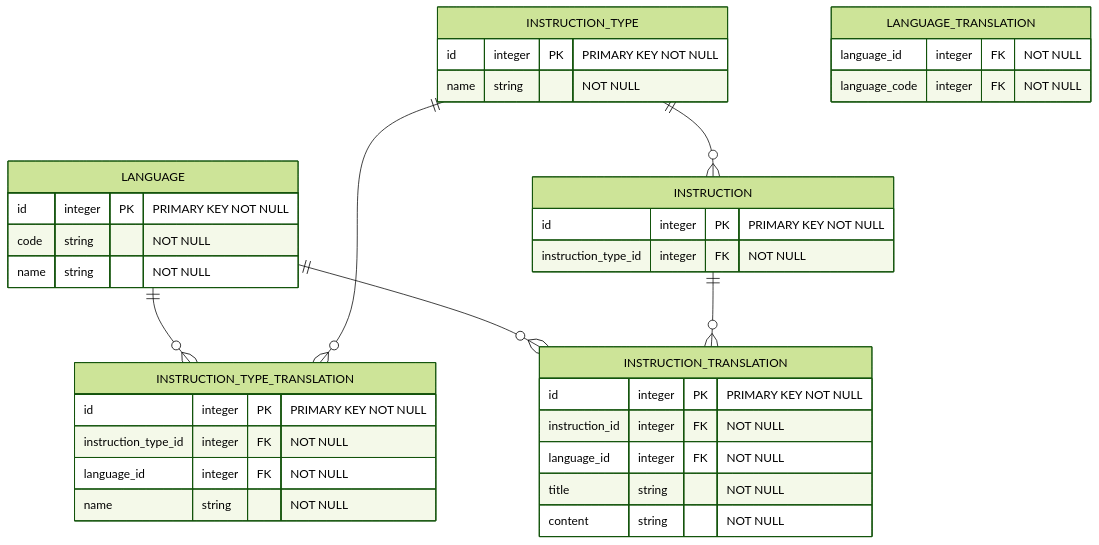
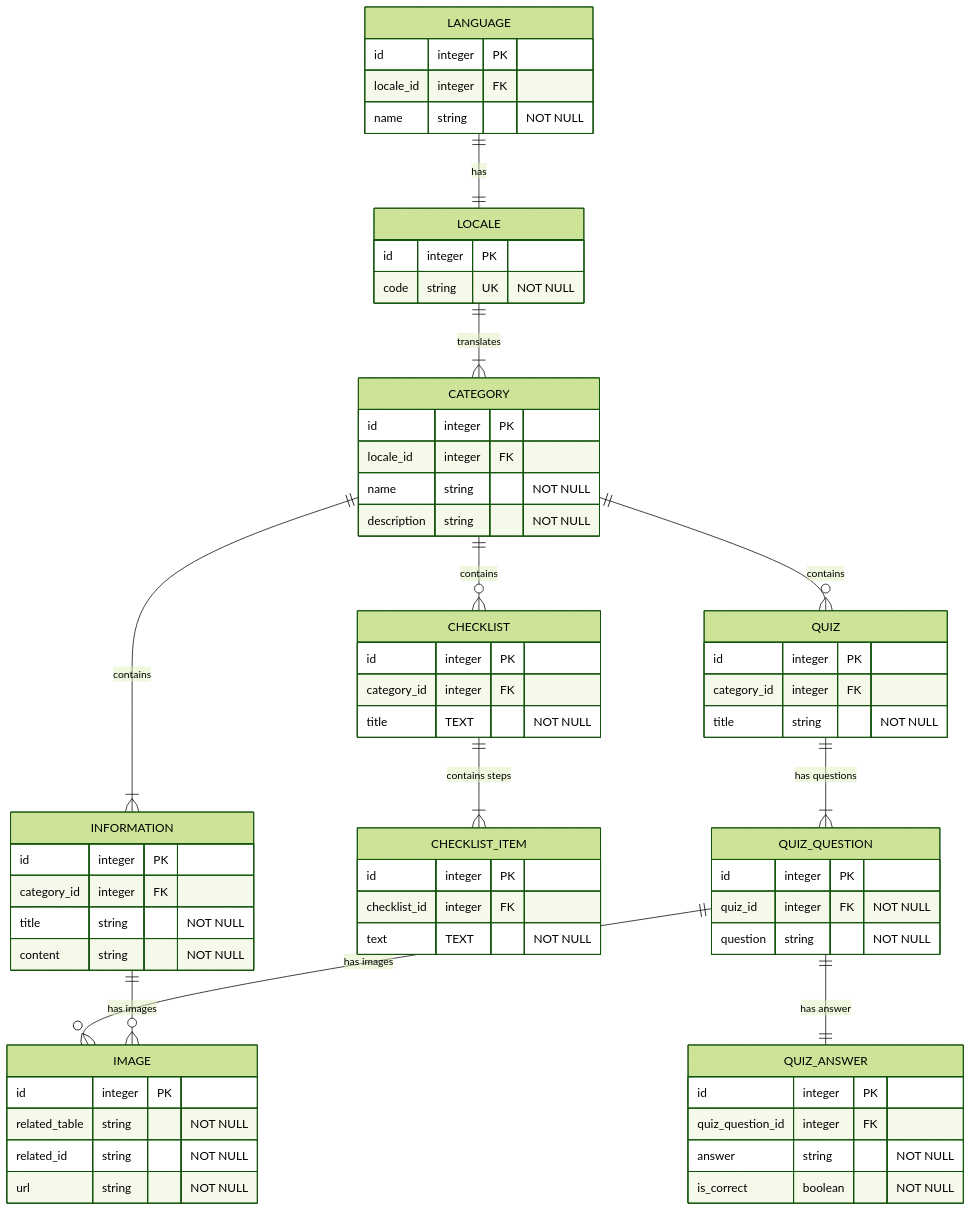
The diagram in backend/src/db/DATABASE.md (aiminhTech/swissway), drawn with Mermaid (forest theme) before and after one commit. The commit also changed other lines of this file and 9 other files, not shown here.

````diff
--- a/backend/src/db/DATABASE.md
+++ b/backend/src/db/DATABASE.md
@@ -3,53 +1,80 @@
 ```mermaid
 erDiagram
-  LANGUAGE ||--o{ INSTRUCTION_TYPE_TRANSLATION : ""
-  LANGUAGE ||--o{ INSTRUCTION_TRANSLATION : ""
+  LANGUAGE ||--|| LOCALE : "has"
+  LOCALE ||--|{ CATEGORY : "translates"
 
-  INSTRUCTION_TYPE ||--o{ INSTRUCTION_TYPE_TRANSLATION : ""
-  INSTRUCTION ||--o{ INSTRUCTION_TRANSLATION : ""
-  INSTRUCTION_TYPE ||--o{ INSTRUCTION : ""
+  CATEGORY ||--|{ INFORMATION : "contains"
+
+  CATEGORY ||--o{ CHECKLIST  : "contains"
+  CHECKLIST ||--|{ CHECKLIST_ITEM  : "contains steps"
+
+  CATEGORY ||--o{ QUIZ : "contains"
+  QUIZ ||--|{ QUIZ_QUESTION : "has questions"
+  QUIZ_QUESTION ||--|| QUIZ_ANSWER : "has answer"
+
+  QUIZ_QUESTION ||--o{ IMAGE : "has images"
+  INFORMATION ||--o{ IMAGE : "has images"
+
+  LOCALE {
+    id integer PK
+    code string UK "NOT NULL"
+  }
 
   LANGUAGE {
-    id integer PK "PRIMARY KEY NOT NULL"
-    code string "NOT NULL"
+    id integer PK 
+    locale_id integer FK
     name string "NOT NULL"
   }
 
-  LANGUAGE_TRANSLATION {
-    language_id integer FK "NOT NULL"
-    language_code integer FK "NOT NULL"
+  CATEGORY {
+    id integer PK 
+    locale_id integer FK
+    name string "NOT NULL"
+    description string "NOT NULL"
   }
 
-  INSTRUCTION_TYPE {
-    id integer PK "PRIMARY KEY NOT NULL"
-    name string "NOT NULL"
-  }
-
-  INSTRUCTION_TYPE_TRANSLATION {
-    id integer PK "PRIMARY KEY NOT NULL"
-    instruction_type_id integer FK "NOT NULL"
-    language_id integer FK "NOT NULL"
-    name string "NOT NULL"
-  }
-
-  INSTRUCTION {
-    id integer PK "PRIMARY KEY NOT NULL"
-    instruction_type_id integer FK "NOT NULL"
-  }
-
-  INSTRUCTION_TRANSLATION {
-    id integer PK "PRIMARY KEY NOT NULL"
-    instruction_id integer FK "NOT NULL"
-    language_id integer FK "NOT NULL"
+  INFORMATION {
+    id integer PK 
+    category_id integer FK 
     title string "NOT NULL"
     content string "NOT NULL"
   }
 
+  CHECKLIST {
+    id integer PK 
+    category_id integer FK            
+    title TEXT "NOT NULL"    
+  }
 
+  CHECKLIST_ITEM {
+    id integer PK
+    checklist_id integer FK 
+    text TEXT "NOT NULL"             
+  }
 
+  QUIZ {
+    id integer PK 
+    category_id integer FK 
+    title string "NOT NULL"
+  }
 
+  QUIZ_QUESTION {
+    id integer PK
+    quiz_id integer FK "NOT NULL"
+    question string "NOT NULL"
+  }
 
+  QUIZ_ANSWER {
+    id integer PK
+    quiz_question_id integer FK
+    answer string "NOT NULL"
+    is_correct boolean "NOT NULL"
+  }
 
-
-
+  IMAGE {
+    id integer PK
+    related_table string "NOT NULL"
+    related_id string "NOT NULL"      
+    url string "NOT NULL"          
+  }
 ```
````
